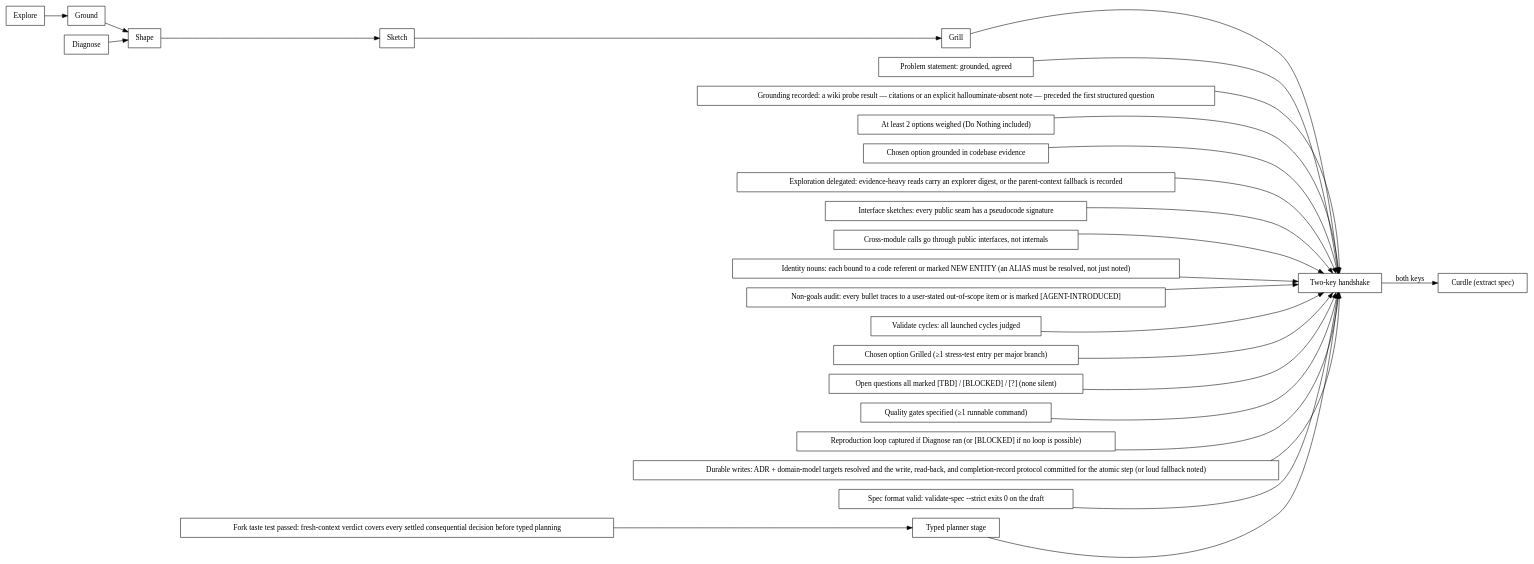
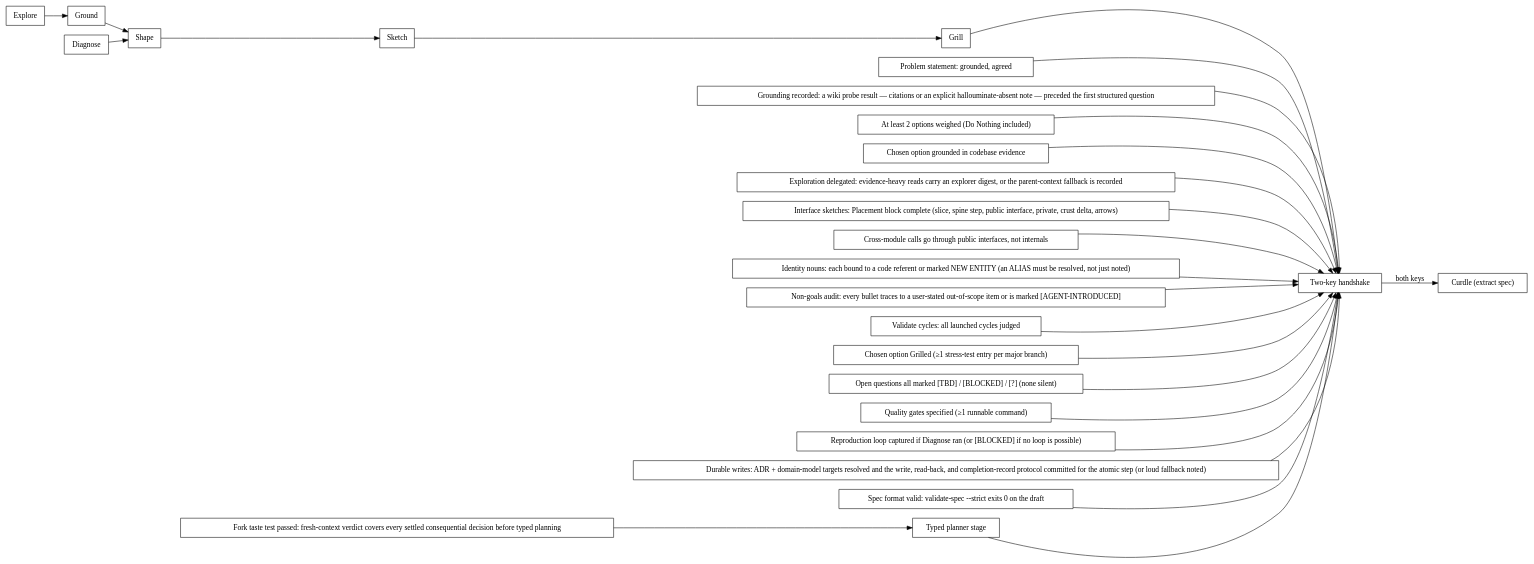
Before and after one commit to paulnsorensen/easy-cheese: the diagram in skills/mold/scripts/mold.dot, drawn with Graphviz. The commit also changed 14 other files, not shown here.

First line of the commit message:
feat(mold): replace seam signatures with a placement sketch (#634)

```diff
--- a/skills/mold/scripts/mold.dot
+++ b/skills/mold/scripts/mold.dot
@@ -1,55 +1,55 @@
 digraph mold_gates {
   rankdir=LR;
   node [shape=box];
   explore [label="Explore", kind="mode"];
   ground [label="Ground", kind="mode"];
   shape [label="Shape", kind="mode"];
   sketch [label="Sketch", kind="mode"];
   grill [label="Grill", kind="mode"];
   diagnose [label="Diagnose", kind="mode"];
   problem_statement [label="Problem statement: grounded, agreed", kind="gate"];
   grounding_recorded [label="Grounding recorded: a wiki probe result — citations or an explicit hallouminate-absent note — preceded the first structured question", kind="gate"];
   at_least_2_options_weighed_do_nothing_included [label="At least 2 options weighed (Do Nothing included)", kind="gate"];
   chosen_option_grounded_in_codebase_evidence [label="Chosen option grounded in codebase evidence", kind="gate"];
   exploration_delegated [label="Exploration delegated: evidence-heavy reads carry an explorer digest, or the parent-context fallback is recorded", kind="gate"];
-  interface_sketches [label="Interface sketches: every public seam has a pseudocode signature", kind="gate"];
+  interface_sketches [label="Interface sketches: Placement block complete (slice, spine step, public interface, private, crust delta, arrows)", kind="gate"];
   cross_module_calls_go_through_public_interfaces_not_internals [label="Cross-module calls go through public interfaces, not internals", kind="gate"];
   identity_nouns [label="Identity nouns: each bound to a code referent or marked NEW ENTITY (an ALIAS must be resolved, not just noted)", kind="gate"];
   non_goals_audit [label="Non-goals audit: every bullet traces to a user-stated out-of-scope item or is marked [AGENT-INTRODUCED]", kind="gate"];
   validate_cycles [label="Validate cycles: all launched cycles judged", kind="gate"];
   chosen_option_grilled_1_stress_test_entry_per_major_branch [label="Chosen option Grilled (≥1 stress-test entry per major branch)", kind="gate"];
   open_questions_all_marked_tbd_blocked_none_silent [label="Open questions all marked [TBD] / [BLOCKED] / [?] (none silent)", kind="gate"];
   quality_gates_specified_1_runnable_command [label="Quality gates specified (≥1 runnable command)", kind="gate"];
   reproduction_loop_captured_if_diagnose_ran_or_blocked_if_no_loop_is_possible [label="Reproduction loop captured if Diagnose ran (or [BLOCKED] if no loop is possible)", kind="gate"];
   durable_writes [label="Durable writes: ADR + domain-model targets resolved and the write, read-back, and completion-record protocol committed for the atomic step (or loud fallback noted)", kind="gate"];
   fork_taste_test_passed [label="Fork taste test passed: fresh-context verdict covers every settled consequential decision before typed planning", kind="gate"];
   spec_format_valid [label="Spec format valid: validate-spec --strict exits 0 on the draft", kind="gate"];
   typed_planner_stage [label="Typed planner stage", kind="planner"];
   handshake [label="Two-key handshake", kind="handshake"];
   curdle [label="Curdle (extract spec)", kind="terminal"];
   explore -> ground;
   ground -> shape;
   shape -> sketch;
   sketch -> grill;
   diagnose -> shape;
   problem_statement -> handshake;
   grounding_recorded -> handshake;
   at_least_2_options_weighed_do_nothing_included -> handshake;
   chosen_option_grounded_in_codebase_evidence -> handshake;
   exploration_delegated -> handshake;
   interface_sketches -> handshake;
   cross_module_calls_go_through_public_interfaces_not_internals -> handshake;
   identity_nouns -> handshake;
   non_goals_audit -> handshake;
   validate_cycles -> handshake;
   chosen_option_grilled_1_stress_test_entry_per_major_branch -> handshake;
   open_questions_all_marked_tbd_blocked_none_silent -> handshake;
   quality_gates_specified_1_runnable_command -> handshake;
   reproduction_loop_captured_if_diagnose_ran_or_blocked_if_no_loop_is_possible -> handshake;
   durable_writes -> handshake;
   fork_taste_test_passed -> typed_planner_stage;
   spec_format_valid -> handshake;
   typed_planner_stage -> handshake;
   grill -> handshake;
   handshake -> curdle [label="both keys"];
 }
```
